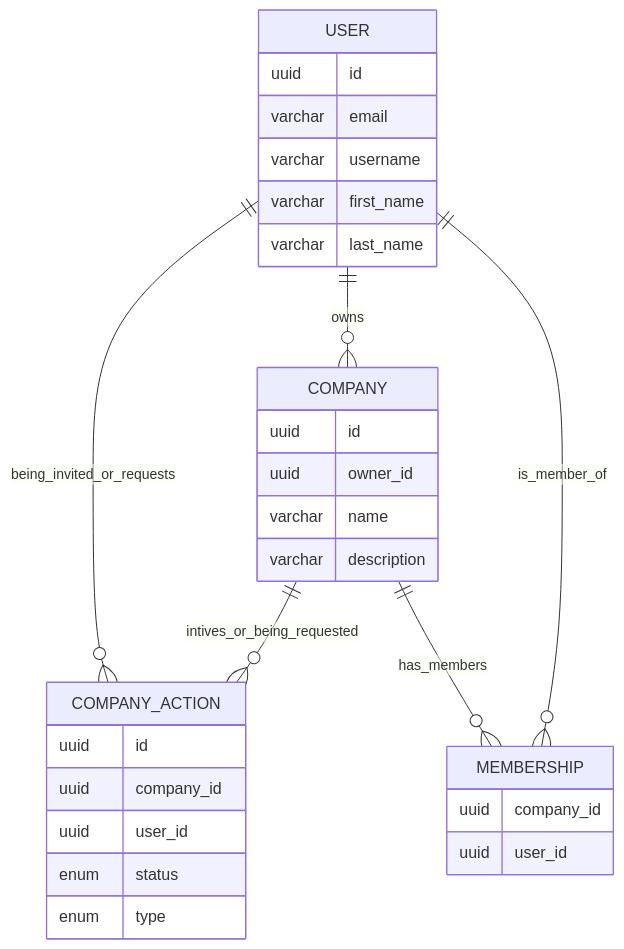
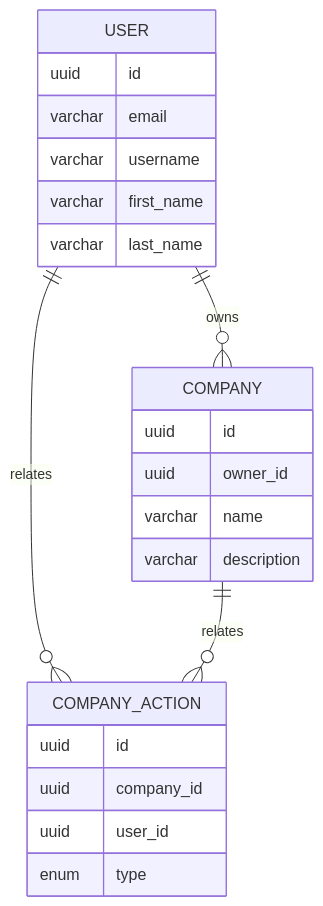
Before and after one commit to zakh-d/python-fs-internship-backend: the diagram in erd.mmd, drawn with Mermaid. The commit also changed 1 other file, not shown here.

Commit message:
doc: updated erd

```diff
--- a/erd.mmd
+++ b/erd.mmd
@@ -1,31 +1,24 @@
 erDiagram
-    USER ||--o{ COMPANY_ACTION: being_invited_or_requests
+    USER ||--o{ COMPANY_ACTION: relates
     USER ||--o{ COMPANY: owns
-    USER ||--o{ MEMBERSHIP: is_member_of
     USER {
         uuid id
         varchar email
         varchar username
         varchar first_name
         varchar last_name
     }
 
-    COMPANY ||--o{ COMPANY_ACTION: intives_or_being_requested
-    COMPANY ||--o{ MEMBERSHIP: has_members
+    COMPANY ||--o{ COMPANY_ACTION: relates
     COMPANY {
         uuid id
         uuid owner_id
         varchar name
         varchar description
     }
     COMPANY_ACTION {
         uuid id
         uuid company_id
         uuid user_id
-        enum status
         enum type
     }
-    MEMBERSHIP {
-        uuid company_id
-        uuid user_id
-    }
```
